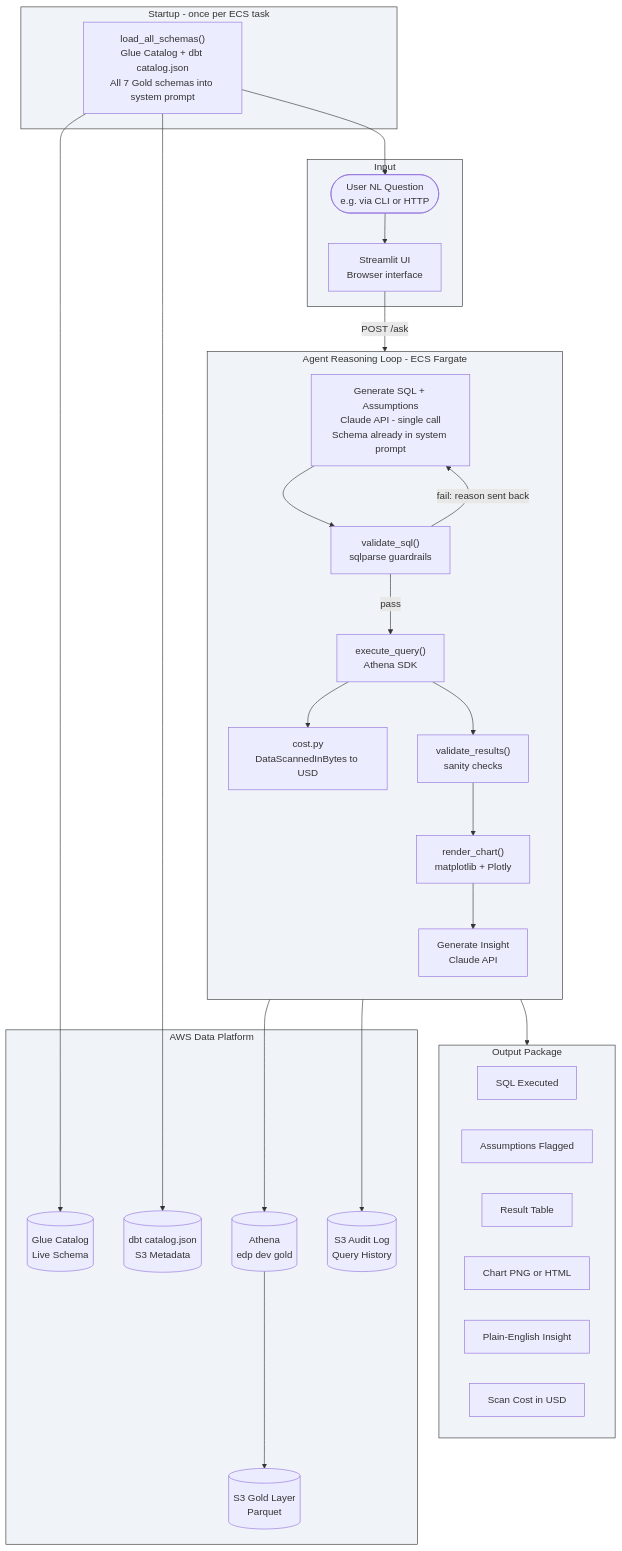
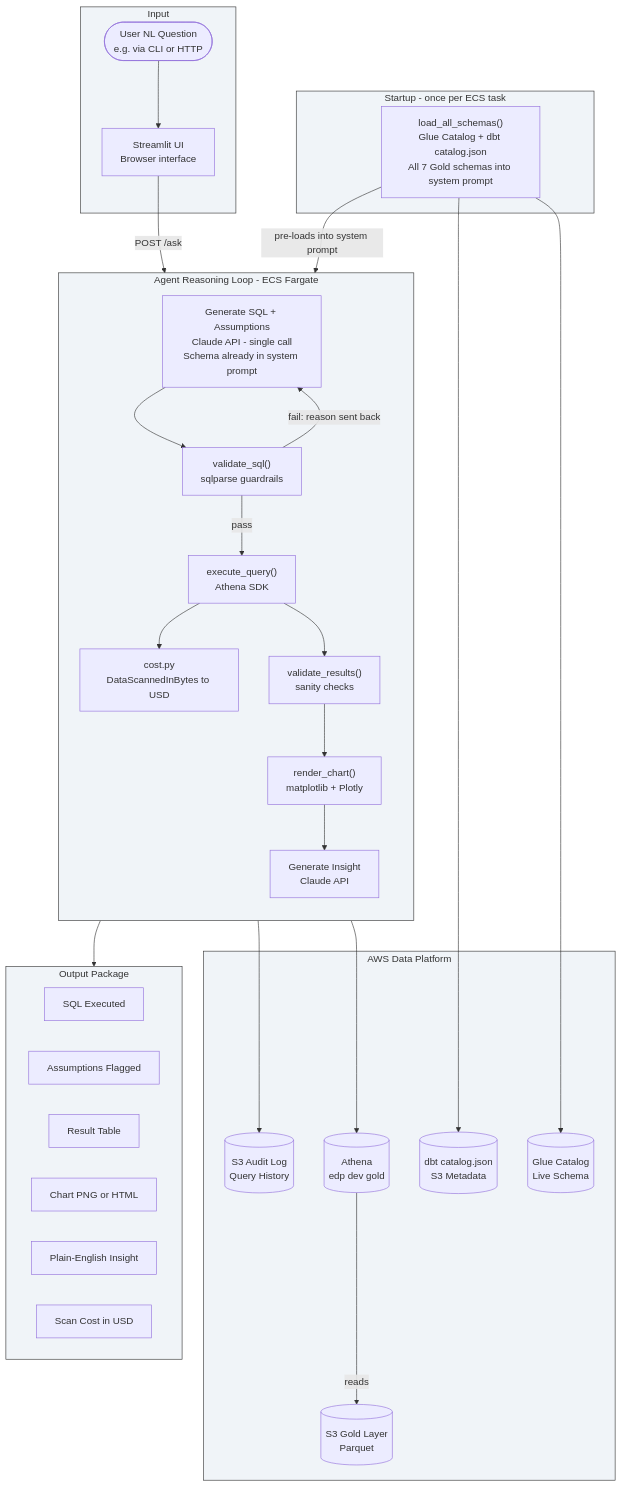
Before and after one commit to enterprise-data-platform-emeka/platform-analytics-agent: the first of 2 diagrams in README.md, drawn with Mermaid. The commit also changed other lines of this file, not shown here.

Commit message:
Docs: add platform header, navigation links, fix diagram, add what-you-can-ask section

````diff
--- a/README.md
+++ b/README.md
@@ -43,59 +49,59 @@
 ```mermaid
 flowchart TD
     subgraph Startup ["Startup - once per ECS task"]
         LoadSchemas["load_all_schemas()\nGlue Catalog + dbt catalog.json\nAll 7 Gold schemas into system prompt"]
     end
 
     subgraph Input ["Input"]
         User([User NL Question\ne.g. via CLI or HTTP])
         Streamlit[Streamlit UI\nBrowser interface]
         User --> Streamlit
     end
 
     subgraph AgentLoop ["Agent Reasoning Loop - ECS Fargate"]
         direction TB
         GenerateSQL["Generate SQL + Assumptions\nClaude API - single call\nSchema already in system prompt"]
         ValidateSQL["validate_sql()\nsqlparse guardrails"]
         Execute["execute_query()\nAthena SDK"]
         TrackCost["cost.py\nDataScannedInBytes to USD"]
         ValidateResults["validate_results()\nsanity checks"]
         RenderChart["render_chart()\nmatplotlib + Plotly"]
         Summarise[Generate Insight\nClaude API]
     end
 
     subgraph AWS ["AWS Data Platform"]
         GlueCatalog[(Glue Catalog\nLive Schema)]
         DbtArtifacts[(dbt catalog.json\nS3 Metadata)]
         Athena[(Athena\nedp dev gold)]
         S3Gold[(S3 Gold Layer\nParquet)]
         AuditLog[(S3 Audit Log\nQuery History)]
     end
 
     subgraph OutputBlock ["Output Package"]
         SQL[SQL Executed]
         Assumptions[Assumptions Flagged]
         ResultTable[Result Table]
         Chart[Chart PNG or HTML]
         Summary[Plain-English Insight]
         CostLine[Scan Cost in USD]
     end
 
     LoadSchemas --> GlueCatalog
     LoadSchemas --> DbtArtifacts
-    LoadSchemas --> User
+    LoadSchemas -->|pre-loads into system prompt| GenerateSQL
     Streamlit -->|POST /ask| GenerateSQL
     GenerateSQL --> ValidateSQL
     ValidateSQL -->|pass| Execute
     ValidateSQL -->|fail: reason sent back| GenerateSQL
     Execute --> Athena
-    Athena --> S3Gold
+    Athena -->|reads| S3Gold
     Execute --> TrackCost
     Execute --> ValidateResults
     ValidateResults --> RenderChart
     RenderChart --> Summarise
     Summarise --> OutputBlock
     Summarise --> AuditLog
 
     classDef box fill:#f0f4f8,stroke:#333,stroke-width:1px;
     class Startup,Input,AgentLoop,AWS,OutputBlock box;
 ```
````
